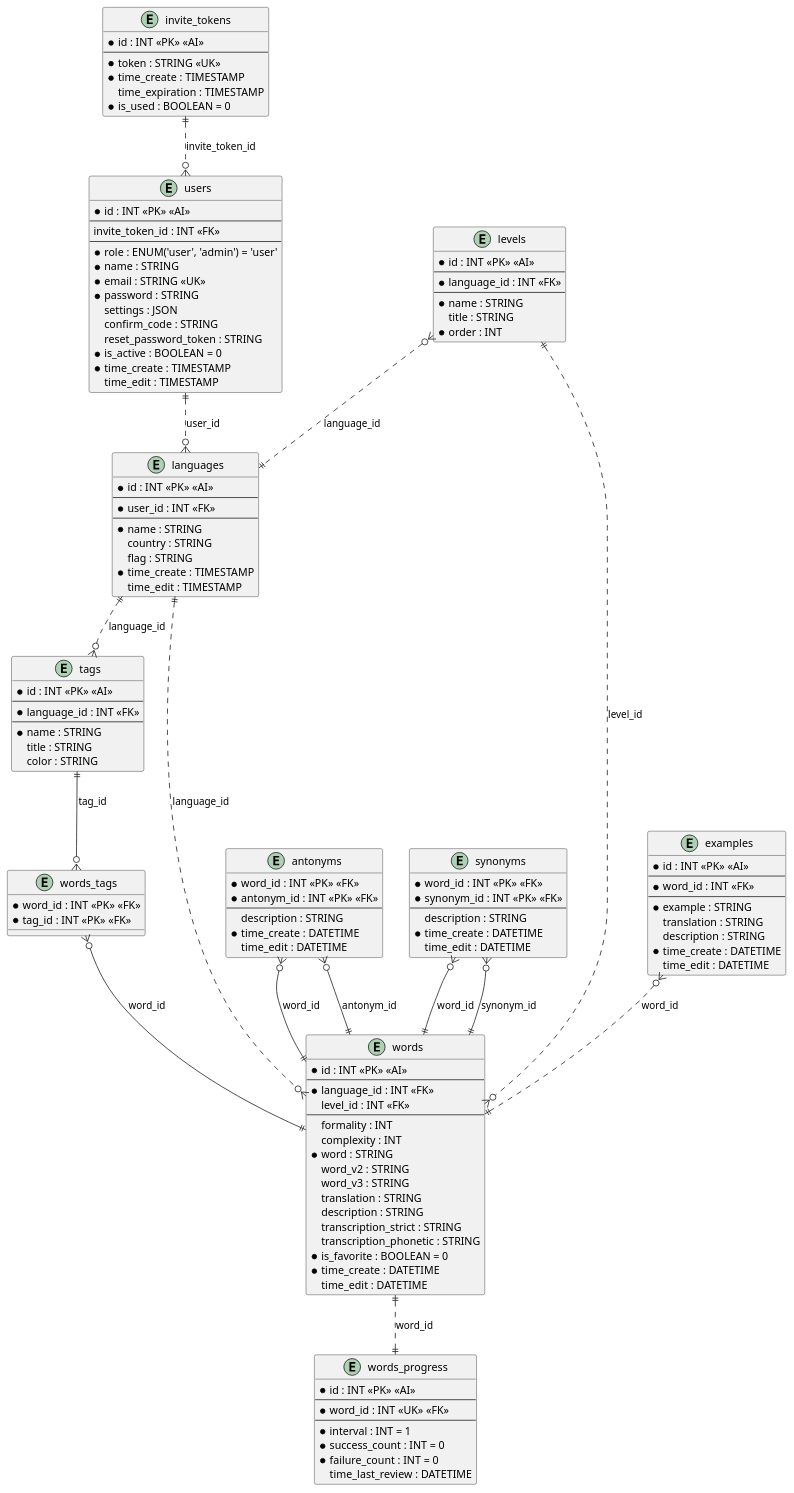
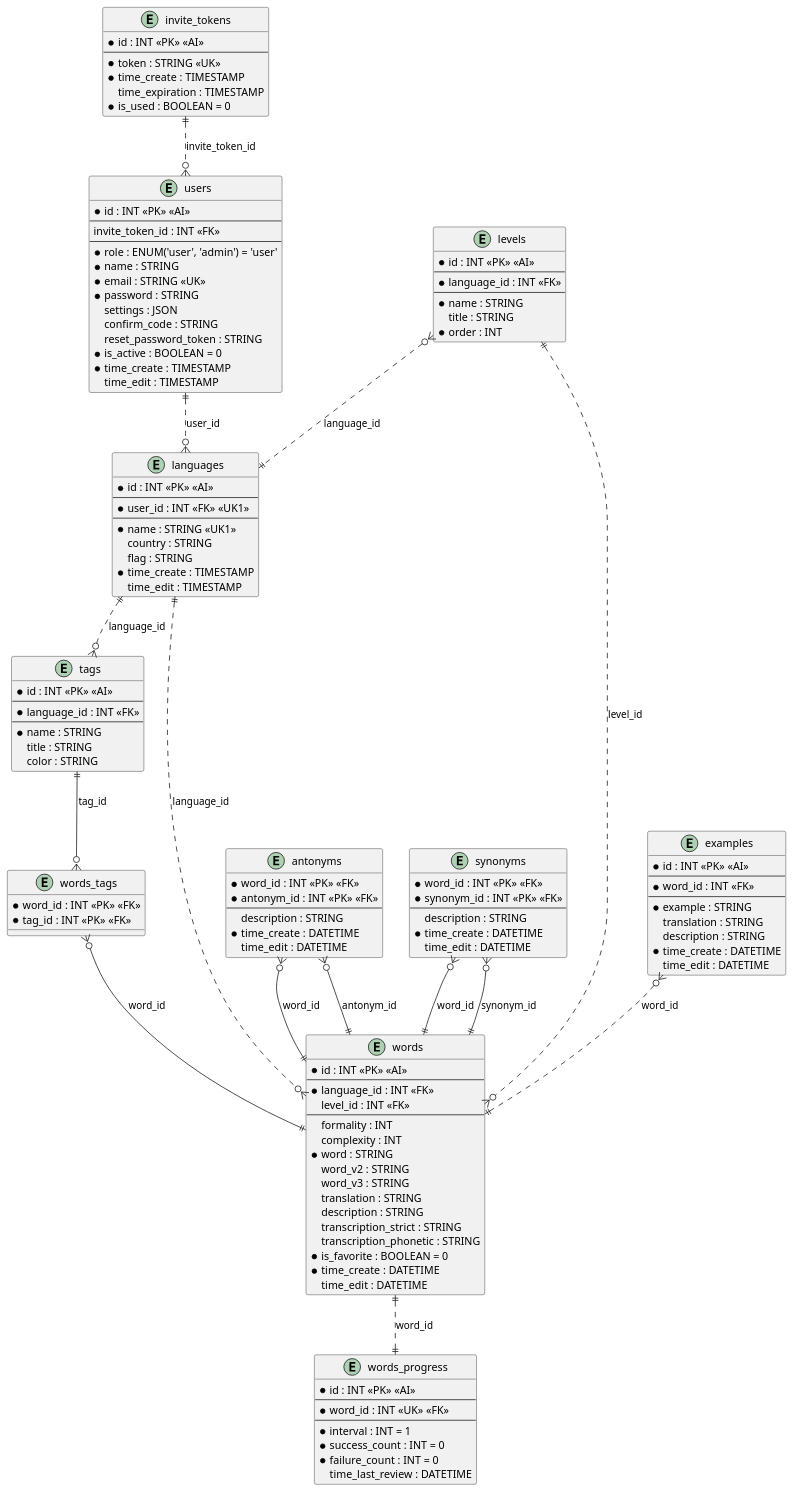
Before and after one commit to ewwmy/dictionary: the diagram in database/model/dictionary.puml, drawn with PlantUML. The commit also changed 15 other files, not shown here.

```diff
--- a/database/model/dictionary.puml
+++ b/database/model/dictionary.puml
@@ -1,145 +1,145 @@
 @startuml dictionary
 
 ' this flag is used to make wires straight-angled:
 ' skinparam linetype ortho
 
 entity invite_tokens {
   * id : INT <<PK>> <<AI>>
   ---
   * token : STRING <<UK>>
   * time_create : TIMESTAMP
   time_expiration : TIMESTAMP
   * is_used : BOOLEAN = 0
 }
 
 entity users {
   * id : INT <<PK>> <<AI>>
   ---
   invite_token_id : INT <<FK>>
   ---
   * role : ENUM('user', 'admin') = 'user'
   * name : STRING
   * email : STRING <<UK>>
   * password : STRING
   settings : JSON
   confirm_code : STRING
   reset_password_token : STRING
   * is_active : BOOLEAN = 0
   * time_create : TIMESTAMP
   time_edit : TIMESTAMP
 }
 
 entity languages {
   * id : INT <<PK>> <<AI>>
   ---
-  * user_id : INT <<FK>>
+  * user_id : INT <<FK>> <<UK1>>
   ---
-  * name : STRING
+  * name : STRING <<UK1>>
   country : STRING
   flag : STRING
   * time_create : TIMESTAMP
   time_edit : TIMESTAMP
 }
 
 entity tags {
   * id : INT <<PK>> <<AI>>
   ---
   * language_id : INT <<FK>>
   ---
   * name : STRING
   title : STRING
   color : STRING
 }
 
 entity words_tags {
   * word_id : INT <<PK>> <<FK>>
   * tag_id : INT <<PK>> <<FK>>
 }
 
 entity words_progress {
   * id : INT <<PK>> <<AI>>
   ---
   * word_id : INT <<UK>> <<FK>>
   ---
   * interval : INT = 1
   * success_count : INT = 0
   * failure_count : INT = 0
   time_last_review : DATETIME
 }
 
 entity antonyms {
   * word_id : INT <<PK>> <<FK>>
   * antonym_id : INT <<PK>> <<FK>>
   ---
   description : STRING
   * time_create : DATETIME
   time_edit : DATETIME
 }
 
 entity synonyms {
   * word_id : INT <<PK>> <<FK>>
   * synonym_id : INT <<PK>> <<FK>>
   ---
   description : STRING
   * time_create : DATETIME
   time_edit : DATETIME
 }
 
 entity words {
   * id : INT <<PK>> <<AI>>
   ---
   * language_id : INT <<FK>>
   level_id : INT <<FK>>
   ---
   formality : INT
   complexity : INT
   * word : STRING
   word_v2 : STRING
   word_v3 : STRING
   translation : STRING
   description : STRING
   transcription_strict : STRING
   transcription_phonetic : STRING
   * is_favorite : BOOLEAN = 0
   * time_create : DATETIME
   time_edit : DATETIME
 }
 
 entity levels {
   * id : INT <<PK>> <<AI>>
   ---
   * language_id : INT <<FK>>
   ---
   * name : STRING
   title : STRING
   * order : INT
 }
 
 entity examples {
   * id : INT <<PK>> <<AI>>
   ---
   * word_id : INT <<FK>>
   ---
   * example : STRING
   translation : STRING
   description : STRING
   * time_create : DATETIME
   time_edit : DATETIME
 }
 
 invite_tokens ||..o{ users : "invite_token_id"
 users ||..o{ languages : "user_id"
 languages ||..o{ tags : "language_id"
 languages ||..o{ words : "language_id"
 examples }o..|| words : "word_id"
 tags ||--o{ words_tags : "tag_id"
 words_tags }o--|| words : "word_id"
 antonyms }o--|| words : "word_id"
 antonyms }o--|| words : "antonym_id"
 synonyms }o--|| words : "word_id"
 synonyms }o--|| words : "synonym_id"
 words ||..|| words_progress : "word_id"
 levels }o..|| languages : "language_id"
 levels ||..o{ words : "level_id"
 
 @enduml
```
